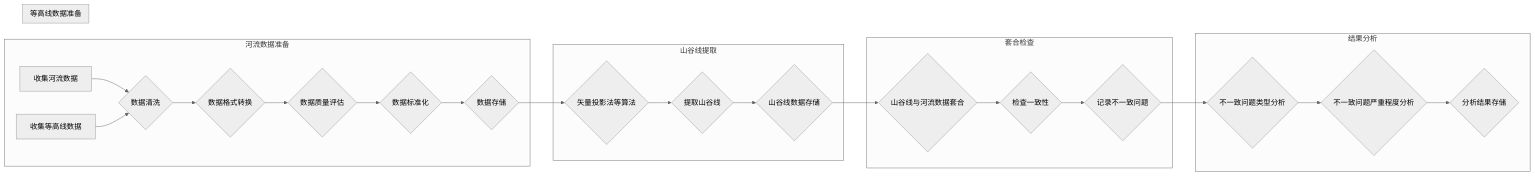
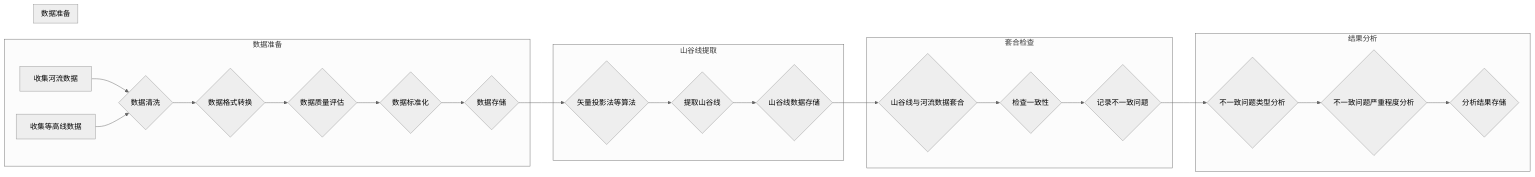
Before and after one commit to 2544622615/iodraw-files: the diagram in all/未命名-1.md, drawn with Mermaid (neutral theme).

Commit message:
2024-08-17 11:49:45 update

````diff
--- a/all/未命名-1.md
+++ b/all/未命名-1.md
@@ -1,43 +1,42 @@
 ```mermaid
 graph LR
-    subgraph 河流数据准备
+    subgraph 数据准备
         A[收集河流数据] --> B{数据清洗}
         G[收集等高线数据] --> B{数据清洗}
         B --> C{数据格式转换}
         C --> D{数据质量评估}
         D --> E{数据标准化}
         E --> F{数据存储}
     
     end
     
   
 
     subgraph 山谷线提取
         F --> M{矢量投影法等算法}
         M --> N{提取山谷线}
         N --> O{山谷线数据存储}
     end
 
     subgraph 套合检查
         O --> P{山谷线与河流数据套合}
         P --> Q{检查一致性}
         Q --> R{记录不一致问题}
     end
 
     subgraph 结果分析
         R --> S{不一致问题类型分析}
         S --> T{不一致问题严重程度分析}
         T --> U{分析结果存储}
     end
 
     subgraph 河流数据准备 [数据准备]
     end
-    subgraph 等高线数据准备 [等高线数据准备]
-    end
+
     subgraph 山谷线提取 [山谷线提取]
     end
     subgraph 套合检查 [套合检查]
     end
     subgraph 结果分析 [结果分析]
     end
 ```
````
